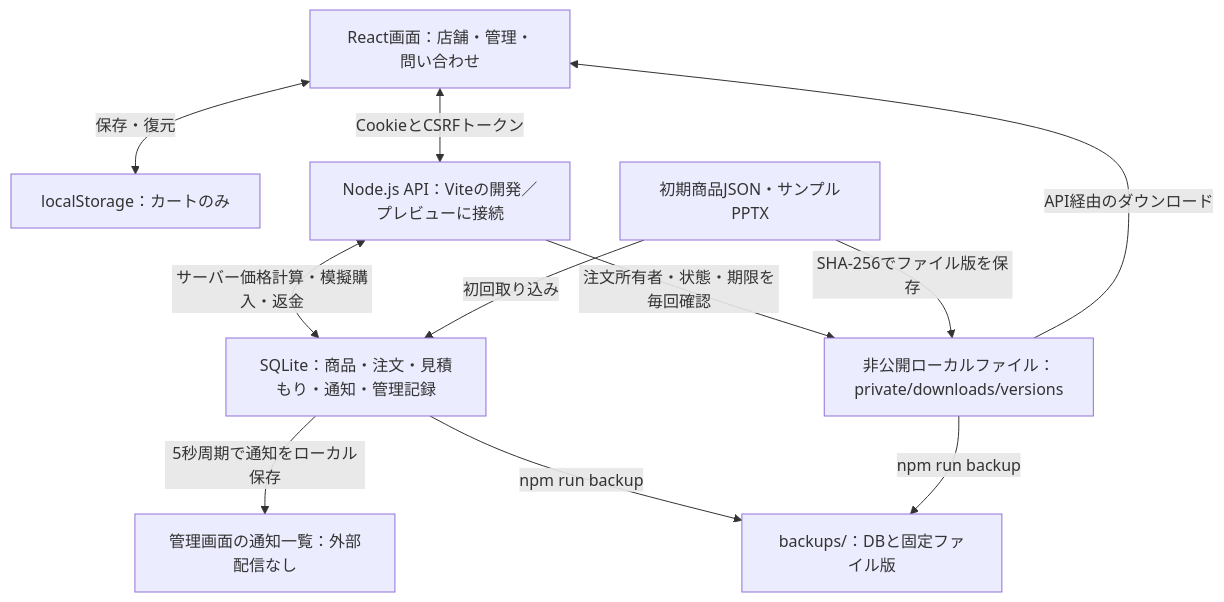
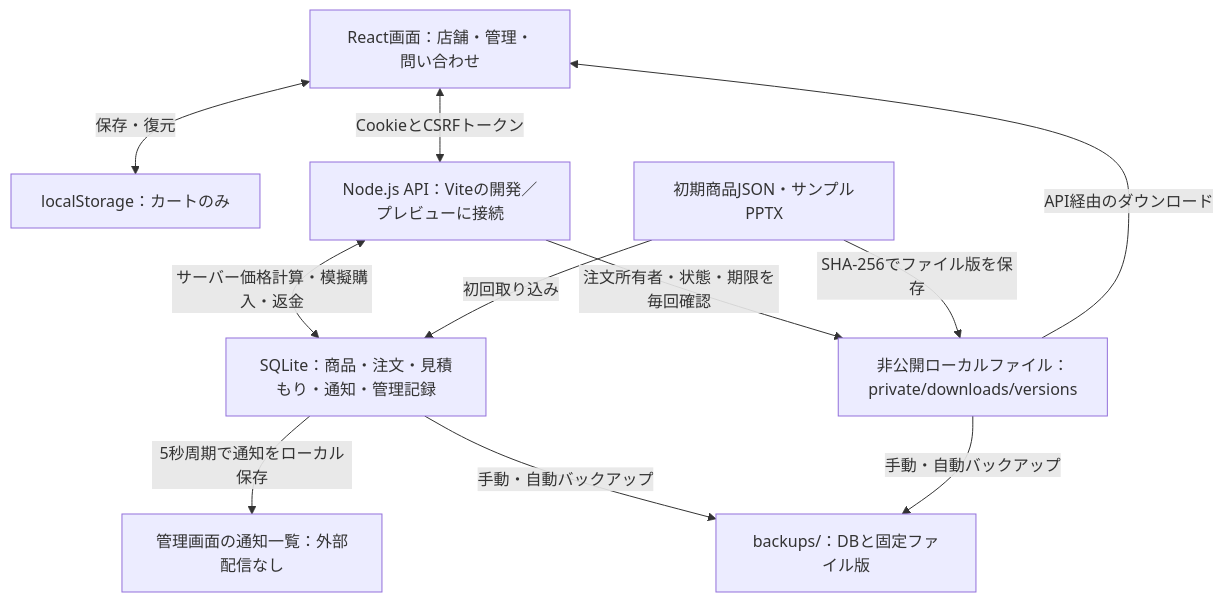
The diagram in README.md (tamina0624-study/ec_site_sample), drawn with Mermaid before and after one commit. The commit also changed other lines of this file and 21 other files, not shown here.

````diff
--- a/README.md
+++ b/README.md
@@ -127,21 +140,21 @@
 ```mermaid
 flowchart TD
     browser["React画面：店舗・管理・問い合わせ"]
     cart["localStorage：カートのみ"]
     api["Node.js API：Viteの開発／プレビューに接続"]
     db["SQLite：商品・注文・見積もり・通知・管理記録"]
     files["非公開ローカルファイル：private/downloads/versions"]
     inbox["管理画面の通知一覧：外部配信なし"]
     seed["初期商品JSON・サンプルPPTX"]
     backup["backups/：DBと固定ファイル版"]
     browser <-->|保存・復元| cart
     browser <-->|CookieとCSRFトークン| api
     api <-->|サーバー価格計算・模擬購入・返金| db
     api -->|注文所有者・状態・期限を毎回確認| files
     files -->|API経由のダウンロード| browser
     db -->|5秒周期で通知をローカル保存| inbox
     seed -->|初回取り込み| db
     seed -->|SHA-256でファイル版を保存| files
-    db -->|npm run backup| backup
-    files -->|npm run backup| backup
+    db -->|手動・自動バックアップ| backup
+    files -->|手動・自動バックアップ| backup
 ```
````
